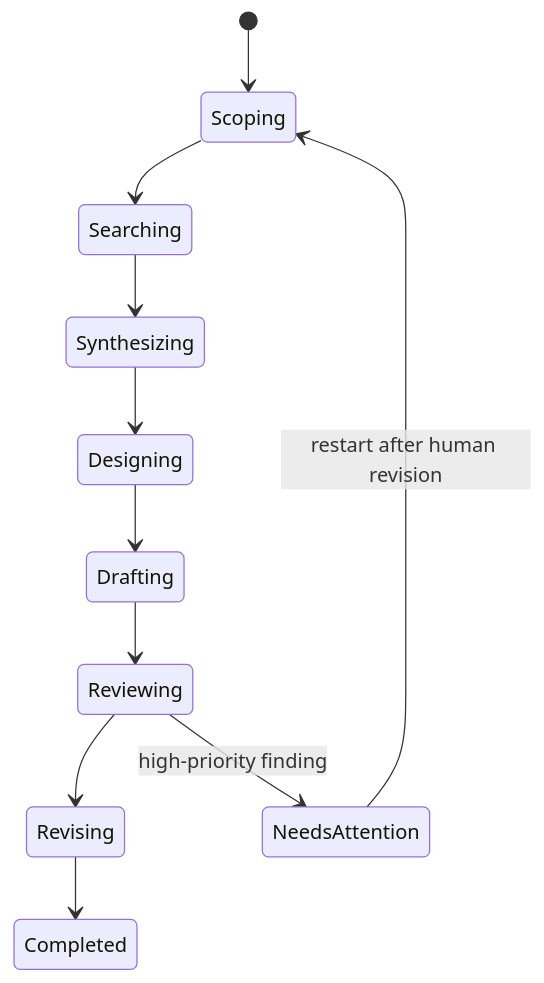
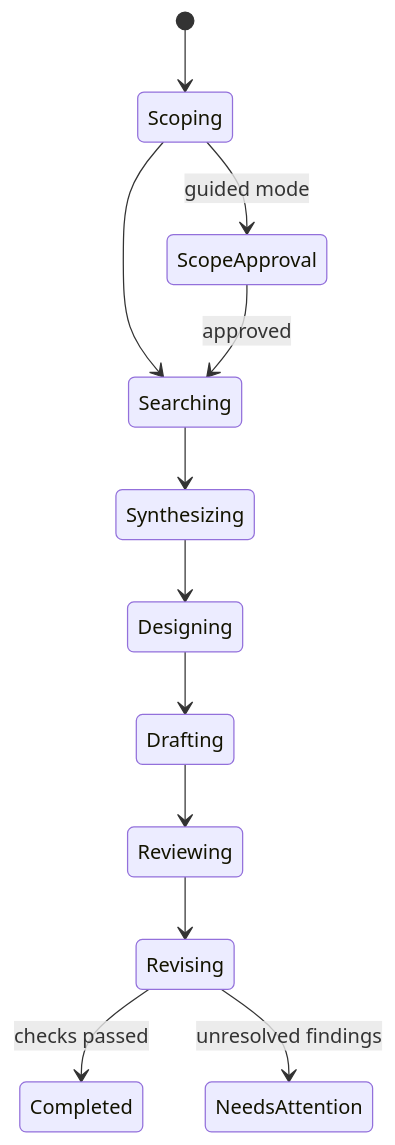
The second of 3 diagrams in docs/architecture.md (lyufeiyu/scholaros), drawn with Mermaid before and after one commit. The commit also changed other lines of this file and 20 other files, not shown here.

````diff
--- a/docs/architecture.md
+++ b/docs/architecture.md
@@ -30,13 +30,14 @@
 ```mermaid
 stateDiagram-v2
     [*] --> Scoping
     Scoping --> Searching
     Searching --> Synthesizing
     Synthesizing --> Designing
     Designing --> Drafting
     Drafting --> Reviewing
     Reviewing --> Revising
-    Revising --> Completed
-    Reviewing --> NeedsAttention: high-priority finding
-    NeedsAttention --> Scoping: restart after human revision
+    Revising --> Completed: checks passed
+    Revising --> NeedsAttention: unresolved findings
+    Scoping --> ScopeApproval: guided mode
+    ScopeApproval --> Searching: approved
 ```
````
